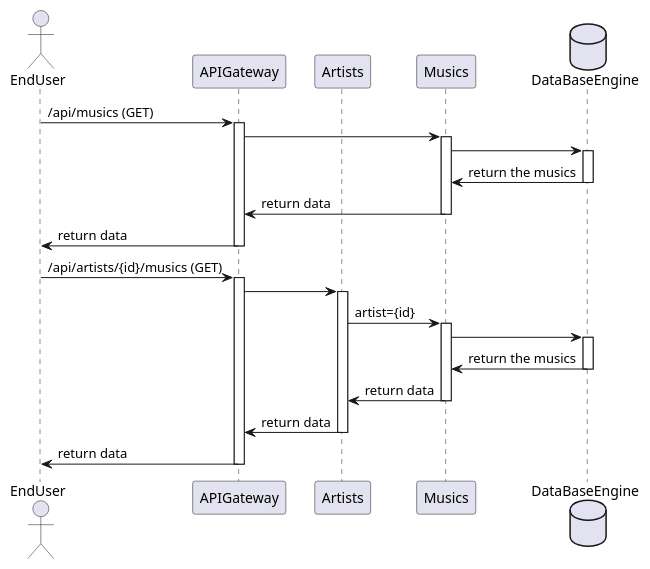
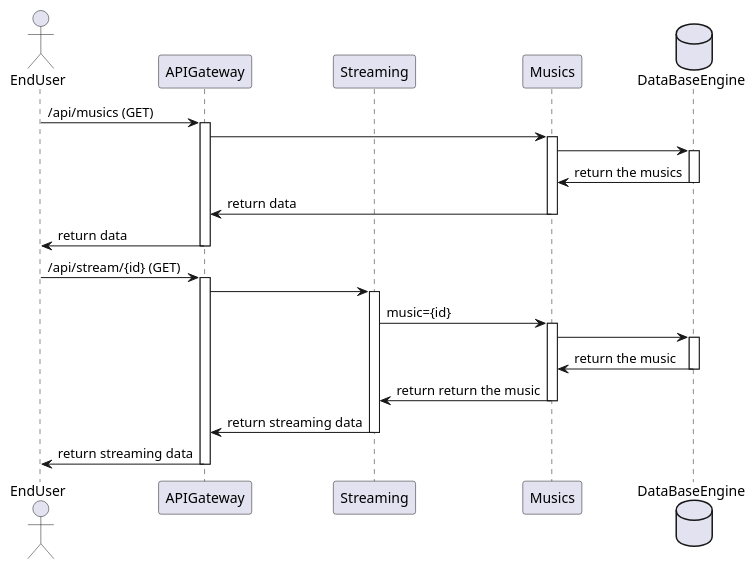
One commit to CPNV-VIR1/BE-PumpTheVolumeUp changed the diagram in docs/fetch_sequence.puml. Above: the diagram before and after it, drawn with PlantUML.

Commit message:
docs: Update fetch sequence

```diff
--- a/docs/fetch_sequence.puml
+++ b/docs/fetch_sequence.puml
@@ -1,51 +1,51 @@
 @startuml VIR1_Project
 actor EndUser
 participant APIGateway
-participant Artists
+participant Streaming
 participant Musics
 database DataBaseEngine
 
 ' Get musics
 EndUser->APIGateway: /api/musics (GET)
 activate APIGateway
 
 APIGateway->Musics
 activate Musics
 
 Musics->DataBaseEngine
 activate DataBaseEngine
 
 DataBaseEngine->Musics: return the musics
 deactivate DataBaseEngine
 
 Musics->APIGateway: return data
 deactivate Musics
 
 APIGateway->EndUser: return data
 deactivate APIGateway
 
 ' Get musics by artist
-EndUser->APIGateway: /api/artists/{id}/musics (GET)
+EndUser->APIGateway: /api/stream/{id} (GET)
 activate APIGateway
 
-APIGateway->Artists
-activate Artists
+APIGateway->Streaming
+activate Streaming
 
-Artists->Musics: artist={id}
+Streaming->Musics: music={id}
 activate Musics
 
 Musics->DataBaseEngine
 activate DataBaseEngine
 
-DataBaseEngine->Musics: return the musics
+DataBaseEngine->Musics: return the music
 deactivate DataBaseEngine
 
-Musics->Artists: return data
+Musics->Streaming: return return the music
 deactivate Musics
 
-Artists->APIGateway: return data
-deactivate Artists
+Streaming->APIGateway: return streaming data
+deactivate Streaming
 
-APIGateway->EndUser: return data
+APIGateway->EndUser: return streaming data
 deactivate APIGateway
 @enduml
```
